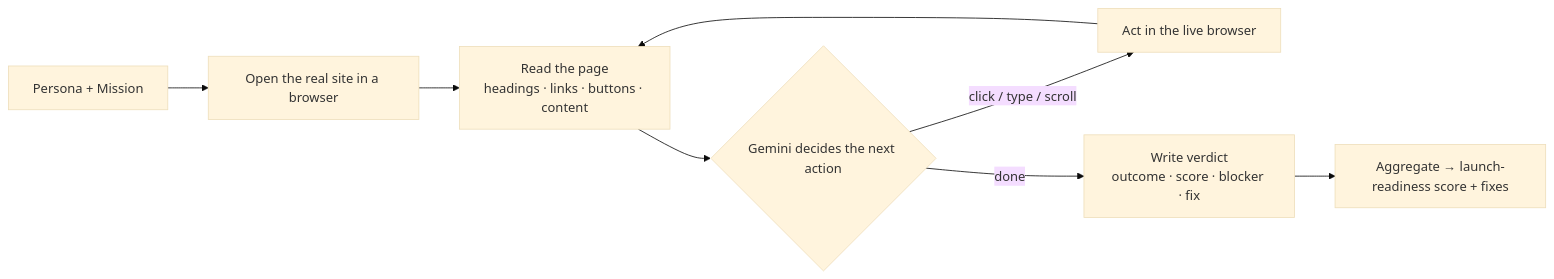
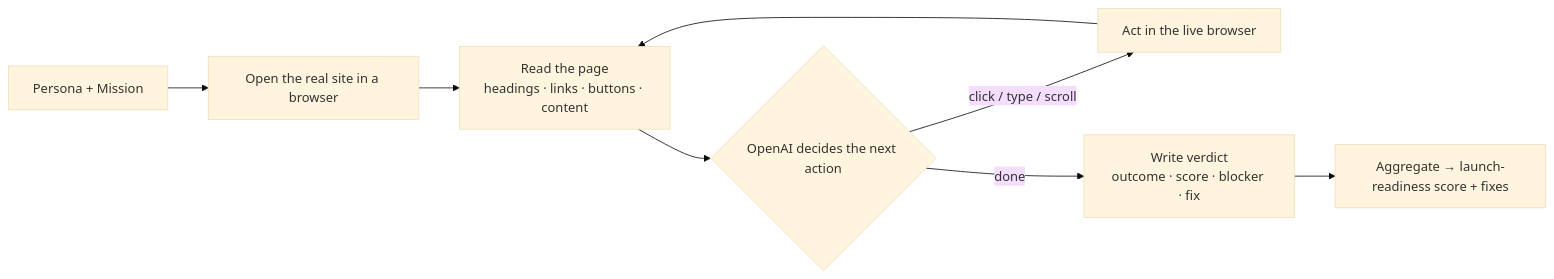
The diagram in README.md (rajashekarcs2023/path-finder-0), drawn with Mermaid (base theme) before and after one commit. The commit also changed other lines of this file, not shown here.

Commit message:
README: OpenAI live engine + gpt-5.4-mini

````diff
--- a/README.md
+++ b/README.md
@@ -77,10 +77,10 @@
 ```mermaid
 flowchart LR
     A[Persona + Mission] --> B[Open the real site in a browser]
     B --> C[Read the page<br/>headings · links · buttons · content]
-    C --> D{Gemini decides the next action}
+    C --> D{OpenAI decides the next action}
     D -->|click / type / scroll| E[Act in the live browser]
     E --> C
     D -->|done| F[Write verdict<br/>outcome · score · blocker · fix]
     F --> G[Aggregate → launch-readiness score + fixes]
 ```
````
